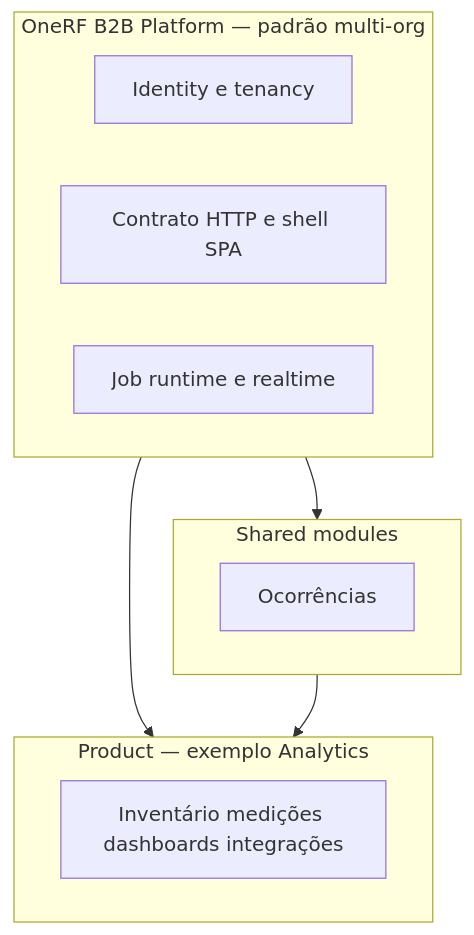
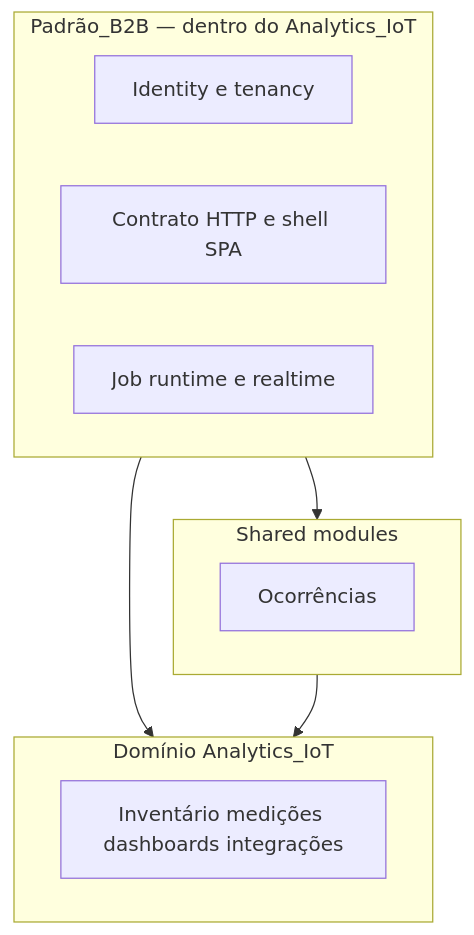
One commit to OneRF-Networks/onerf-platform-docs changed the second of 2 diagrams in platform/PLATFORM_VISION.md. Above: the diagram before and after it, drawn with Mermaid. The commit also changed other lines of this file and 9 other files, not shown here.

````diff
--- a/platform/PLATFORM_VISION.md
+++ b/platform/PLATFORM_VISION.md
@@ -31,17 +55,17 @@
 ```mermaid
 flowchart TB
-  subgraph platform [OneRF B2B Platform — padrão multi-org]
+  subgraph platform [Padrão_B2B — dentro do Analytics_IoT]
     ID[Identity e tenancy]
     API[Contrato HTTP e shell SPA]
     RUN[Job runtime e realtime]
   end
   subgraph shared [Shared modules]
     OCC[Ocorrências]
   end
-  subgraph product [Product — exemplo Analytics]
+  subgraph domain [Domínio Analytics_IoT]
     CORE[Inventário medições dashboards integrações]
   end
   platform --> shared
-  platform --> product
-  shared --> product
+  platform --> domain
+  shared --> domain
 ```
````
